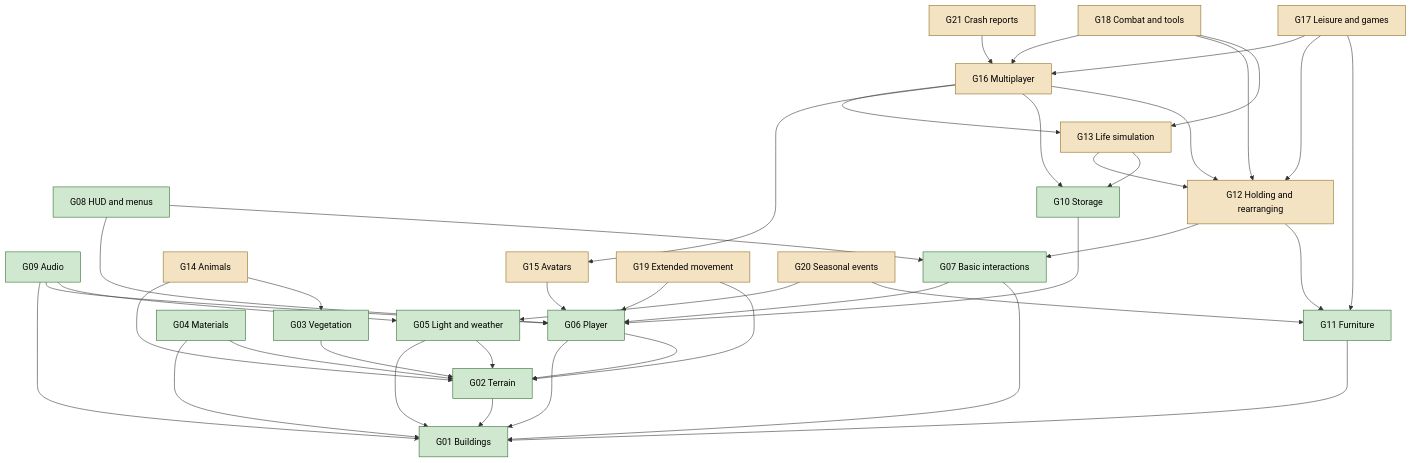
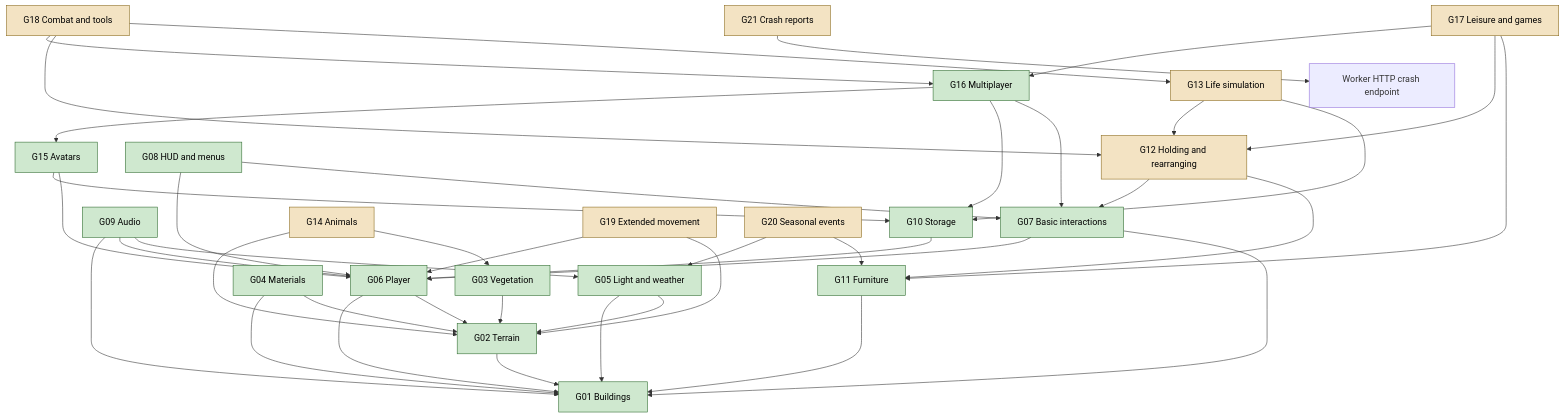
One commit to solwation/lunden-3d-apartment changed the diagram in docs/development/unreal-inventory.md. Above: the diagram before and after it, drawn with Mermaid. The commit also changed other lines of this file and 1 other file, not shown here.

````diff
--- a/docs/development/unreal-inventory.md
+++ b/docs/development/unreal-inventory.md
@@ -91,46 +124,46 @@
 ```mermaid
 graph TD
   G06[G06 Player] --> G01[G01 Buildings]
   G06 --> G02
+  G15 --> G10
   G09 --> G01
-  G16 --> G13
   G17 --> G16
   G18 --> G16
   G02[G02 Terrain] --> G01
   G03[G03 Vegetation] --> G02
   G04[G04 Materials] --> G01
   G04 --> G02
   G05[G05 Light and weather] --> G01
   G05 --> G02
   G07[G07 Basic interactions] --> G06
   G07 --> G01
   G08[G08 HUD and menus] --> G06
   G08 --> G07
   G09[G09 Audio] --> G06
   G09 --> G05
   G10[G10 Storage] --> G06
   G11[G11 Furniture] --> G01
   G12[G12 Holding and rearranging] --> G07
   G12 --> G11
   G13[G13 Life simulation] --> G12
   G13 --> G10
   G14[G14 Animals] --> G02
   G14 --> G03
   G15[G15 Avatars] --> G06
   G16[G16 Multiplayer] --> G15
   G16 --> G10
-  G16 --> G12
+  G16 --> G07
   G17[G17 Leisure and games] --> G12
   G17 --> G11
   G18[G18 Combat and tools] --> G12
   G18 --> G13
   G19[G19 Extended movement] --> G06
   G19 --> G02
   G20[G20 Seasonal events] --> G05
   G20 --> G11
-  G21[G21 Crash reports] --> G16
+  G21[G21 Crash reports] --> WorkerHTTP[Worker HTTP crash endpoint]
   classDef r1 fill:#cfe8cf,stroke:#2d6a2d,color:#000
   classDef later fill:#f3e3c3,stroke:#8a6a1d,color:#000
-  class G01,G02,G03,G04,G05,G06,G07,G08,G09,G10,G11 r1
-  class G12,G13,G14,G15,G16,G17,G18,G19,G20,G21 later
+  class G01,G02,G03,G04,G05,G06,G07,G08,G09,G10,G11,G15,G16 r1
+  class G12,G13,G14,G17,G18,G19,G20,G21 later
 ```
````
